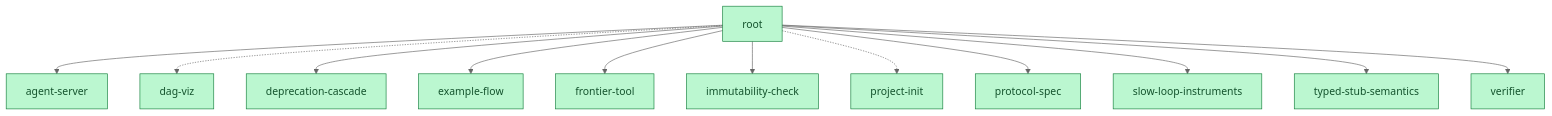
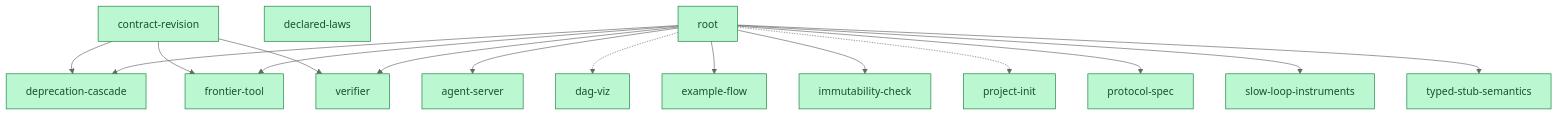
Before and after one commit to shitianfang/build2me: the diagram in README.zh-CN.md, drawn with Mermaid (neutral theme). The commit also changed other lines of this file and 13 other files, not shown here.

First line of the commit message:
contract-revision: contracts evolve by deprecate-and-supersede in one command

````diff
--- a/README.zh-CN.md
+++ b/README.zh-CN.md
@@ -8,29 +8,34 @@
 ```mermaid
 graph TD
   agent_server["agent-server"]:::done
+  contract_revision["contract-revision"]:::done
   dag_viz["dag-viz"]:::done
+  declared_laws["declared-laws"]:::done
   deprecation_cascade["deprecation-cascade"]:::done
   example_flow["example-flow"]:::done
   frontier_tool["frontier-tool"]:::done
   immutability_check["immutability-check"]:::done
   project_init["project-init"]:::done
   protocol_spec["protocol-spec"]:::done
   root["root"]:::done
   slow_loop_instruments["slow-loop-instruments"]:::done
   typed_stub_semantics["typed-stub-semantics"]:::done
   verifier["verifier"]:::done
+  contract_revision --> deprecation_cascade
+  contract_revision --> frontier_tool
+  contract_revision --> verifier
   root --> agent_server
   root -.-> dag_viz
   root --> deprecation_cascade
   root --> example_flow
   root --> frontier_tool
   root --> immutability_check
   root -.-> project_init
   root --> protocol_spec
   root --> slow_loop_instruments
   root --> typed_stub_semantics
   root --> verifier
   classDef done fill:#bbf7d0,stroke:#15803d,color:#14532d
   classDef open fill:#fde68a,stroke:#b45309,color:#78350f
   classDef deprecated fill:#e5e7eb,stroke:#6b7280,color:#374151
 ```
````
